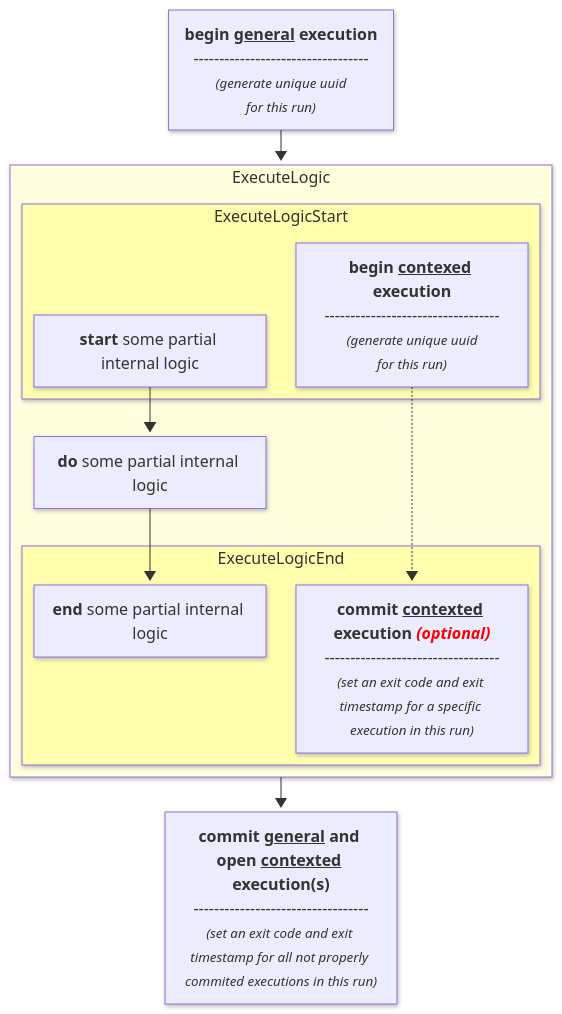
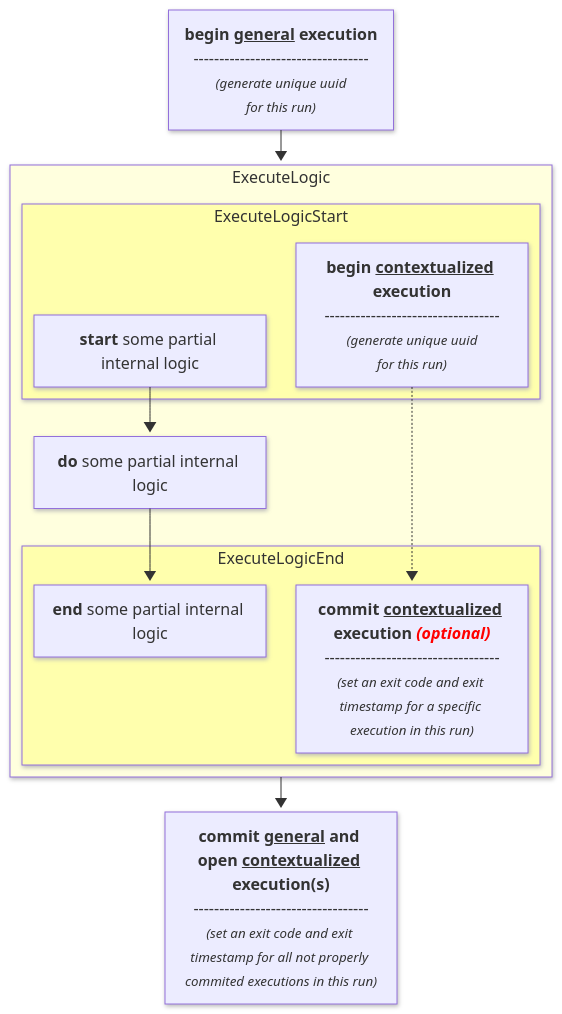
The diagram in README-ExecutionLogger.md (burdadirect/symfony-bundle-basics), drawn with Mermaid before and after one commit. The commit also changed other lines of this file and 3 other files, not shown here.

````diff
--- a/README-ExecutionLogger.md
+++ b/README-ExecutionLogger.md
@@ -183,44 +179,44 @@
 ```mermaid
 ---
 config:
   look: neo
   layout: elk
 ---
 flowchart TB;
     GeneralBegin["<b>begin <u>general</u> execution</b>
 ----------------------------------
 <small><i>(generate unique uuid<br />for this run)</i></small>"]
-    GeneralCommit["<b>commit <u>general</u> and open <u>contexted</u> execution(s)</b>
+    GeneralCommit["<b>commit <u>general</u> and open <u>contextualized</u> execution(s)</b>
 ----------------------------------
 <small><i>(set an exit code and exit timestamp for all not properly commited executions in this run)</i></small>"]
     
     GeneralBegin --> ExecuteLogic --> GeneralCommit
     StartInternalExecuteLogic --> DoInternalExecuteLogic --> EndInternalExecuteLogic
-    ContextedBegin -.-> ContextedCommit
+    ContextualizedBegin -.-> ContextualizedCommit
 
     subgraph ExecuteLogic
         direction TB
 
         ExecuteLogicStart
         DoInternalExecuteLogic["<b>do</b> some partial internal logic"]
         ExecuteLogicEnd
     end
 
     subgraph ExecuteLogicStart
         direction LR
         StartInternalExecuteLogic["<b>start</b> some partial internal logic"]
-        ContextedBegin["<b>begin <u>contexed</u> execution</b>
+        ContextualizedBegin["<b>begin <u>contextualized</u> execution</b>
 ----------------------------------
 <small><i>(generate unique uuid<br />for this run)</i></small>"]
     end
     style ExecuteLogicStart fill:#ffffad
 
     subgraph ExecuteLogicEnd
         direction LR
         EndInternalExecuteLogic["<b>end</b> some partial internal logic"]
-        ContextedCommit["<b>commit <u>contexted</u> execution <i style="color:#FF0000;">(optional)</i></b>
+        ContextualizedCommit["<b>commit <u>contextualized</u> execution <i style="color:#FF0000;">(optional)</i></b>
 ----------------------------------
 <small><i>(set an exit code and exit timestamp for a specific execution in this run)</i></small>"]    
     end
     style ExecuteLogicEnd fill:#ffffad
 ```
````
